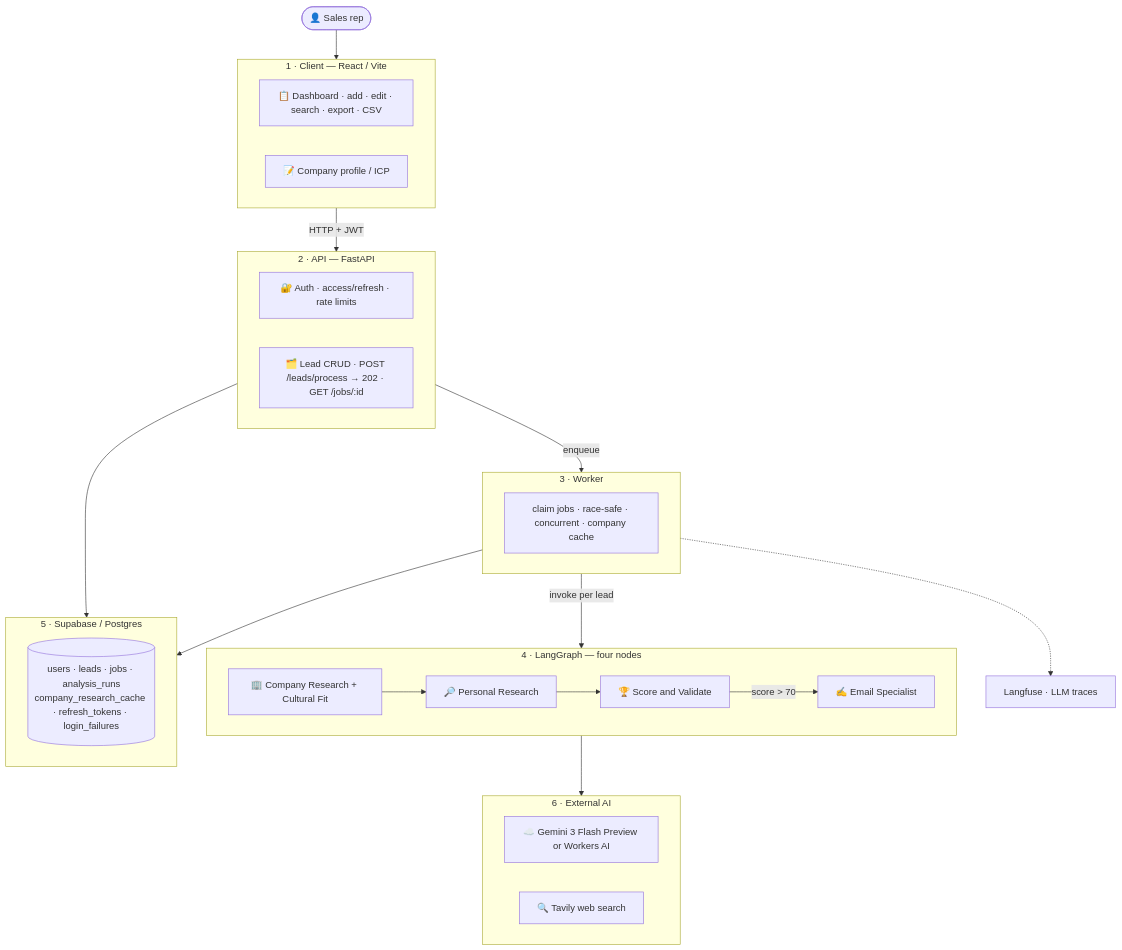
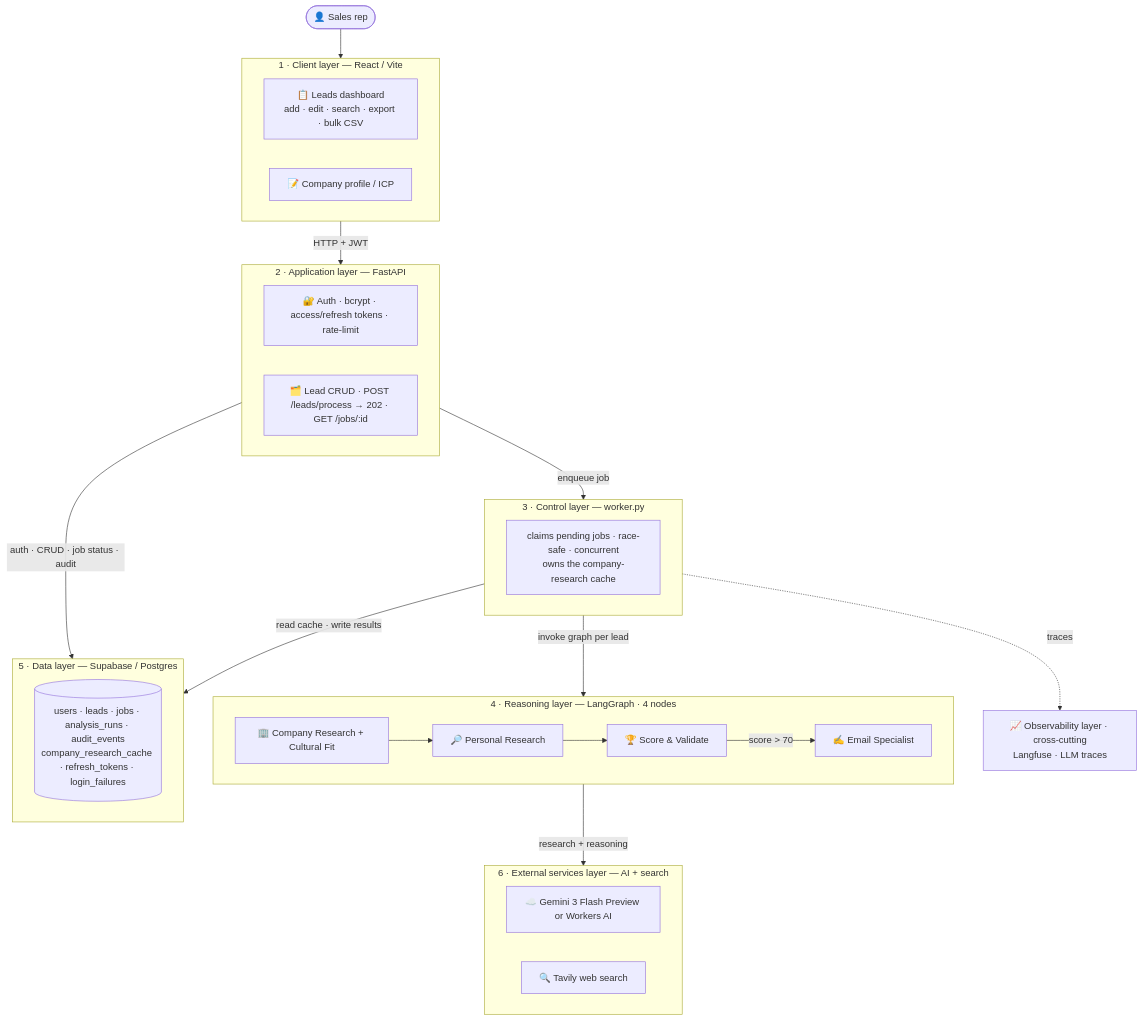
The diagram in README.md (VIVPM/multi-crew-leads-dashboard), drawn with Mermaid before and after one commit.

Commit message:
Restore the layered architecture diagram

````diff
--- a/README.md
+++ b/README.md
@@ -23,43 +23,43 @@
 ```mermaid
 graph TD
     User(["👤 Sales rep"])
 
-    subgraph CLIENT ["1 · Client — React / Vite"]
-        UI["📋 Dashboard · add · edit · search · export · CSV"]
+    subgraph CLIENT ["1 · Client layer — React / Vite"]
+        UI["📋 Leads dashboard<br>add · edit · search · export · bulk CSV"]
         ICP["📝 Company profile / ICP"]
     end
 
-    subgraph APP ["2 · API — FastAPI"]
-        Auth["🔐 Auth · access/refresh · rate limits"]
+    subgraph APP ["2 · Application layer — FastAPI"]
+        Auth["🔐 Auth · bcrypt · access/refresh tokens · rate-limit"]
         REST["🗂️ Lead CRUD · POST /leads/process → 202 · GET /jobs/:id"]
     end
 
-    subgraph CTRL ["3 · Worker"]
-        Claim["claim jobs · race-safe · concurrent · company cache"]
+    subgraph CTRL ["3 · Control layer — worker.py"]
+        Claim["claims pending jobs · race-safe · concurrent<br>owns the company-research cache"]
     end
 
-    subgraph AI ["4 · LangGraph — four nodes"]
-        A2["🏢 Company Research + Cultural Fit"] --> A1["🔎 Personal Research"] --> A3["🏆 Score and Validate"]
-        A3 -->|score > 70| E1["✍️ Email Specialist"]
+    subgraph AI ["4 · Reasoning layer — LangGraph · 4 nodes"]
+        A2["🏢 Company Research + Cultural Fit"] --> A1["🔎 Personal Research"] --> A3["🏆 Score &amp; Validate"]
+        A3 -->|score &gt; 70| E1["✍️ Email Specialist"]
     end
 
-    subgraph DATA ["5 · Supabase / Postgres"]
-        Tbls[("users · leads · jobs · analysis_runs<br>company_research_cache · refresh_tokens · login_failures")]
+    subgraph DATA ["5 · Data layer — Supabase / Postgres"]
+        Tbls[("users · leads · jobs · analysis_runs · audit_events<br>company_research_cache · refresh_tokens · login_failures")]
     end
 
-    subgraph EXT ["6 · External AI"]
+    subgraph EXT ["6 · External services layer — AI + search"]
         LLM["☁️ Gemini 3 Flash Preview or Workers AI"]
         Tavily["🔍 Tavily web search"]
     end
 
-    OBS["Langfuse · LLM traces"]
+    OBS["📈 Observability layer · cross-cutting<br>Langfuse · LLM traces"]
 
     User --> CLIENT
     CLIENT -->|HTTP + JWT| APP
-    APP --> DATA
-    APP -->|enqueue| CTRL
-    CTRL -->|invoke per lead| AI
-    AI --> EXT
-    CTRL --> DATA
-    CTRL -.-> OBS
+    APP -->|auth · CRUD · job status · audit| DATA
+    APP -->|enqueue job| CTRL
+    CTRL -->|invoke graph per lead| AI
+    AI -->|research + reasoning| EXT
+    CTRL -->|read cache · write results| DATA
+    CTRL -.->|traces| OBS
 ```
````
